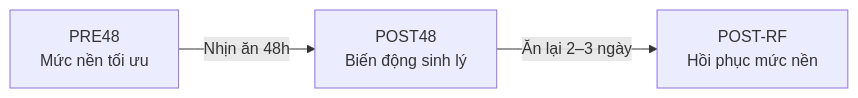
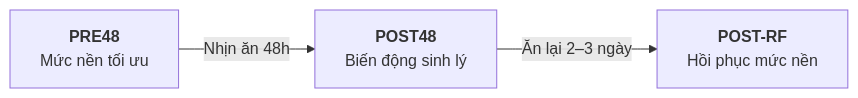
The second of 2 diagrams in content/Nghiên cứu DELTA/Nghiên cứu DELTA - Bài 2. Bức tranh động học biomarker và năng lực phục hồi sinh học.md (justinkaxau/mercury), drawn with Mermaid before and after one commit. The commit also changed other lines of this file and 3 other files, not shown here.

Commit message:
fix(mermaid): fix mermaid syntax and add prebuild script for minimal theme compatibility

````diff
--- a/content/Nghiên cứu DELTA/Nghiên cứu DELTA - Bài 2. Bức tranh động học biomarker và năng lực phục hồi sinh học.md
+++ b/content/Nghiên cứu DELTA/Nghiên cứu DELTA - Bài 2. Bức tranh động học biomarker và năng lực phục hồi sinh học.md
@@ -58,5 +50,5 @@
 ```mermaid
 flowchart LR
-    A["PRE48\nMức nền tối ưu"] -->|"Nhịn ăn 48h"| B["POST48\nBiến động sinh lý"]
-    B -->|"Ăn lại 2–3 ngày"| C["POST-RF\nHồi phục mức nền"]
+    A["<b>PRE48</b><br>Mức nền tối ưu"] -->|"Nhịn ăn 48h"| B["<b>POST48</b><br>Biến động sinh lý"]
+    B -->|"Ăn lại 2–3 ngày"| C["<b>POST-RF</b><br>Hồi phục mức nền"]
 ```
````
